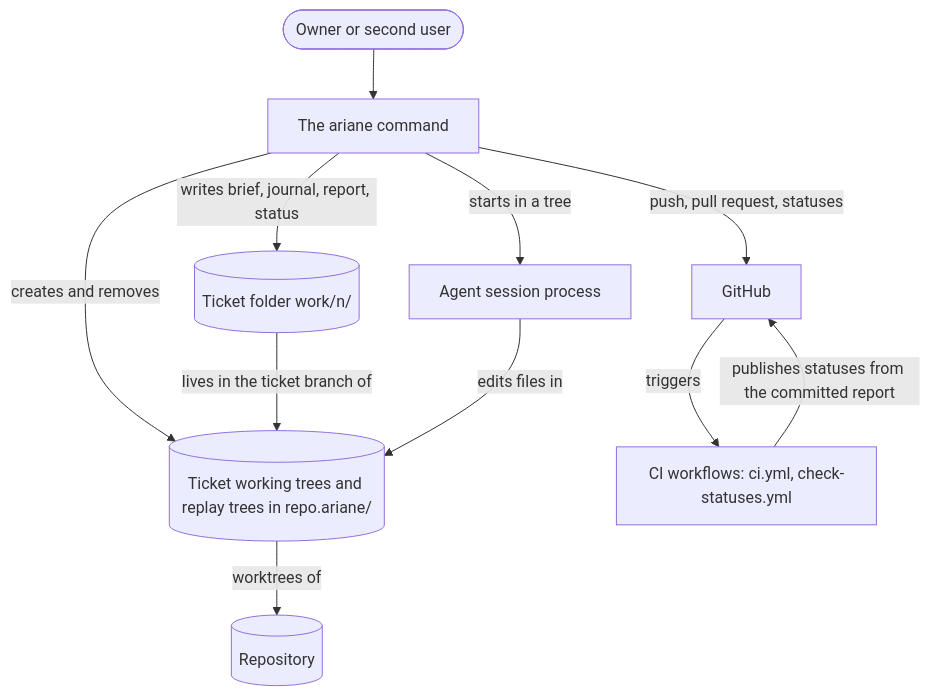
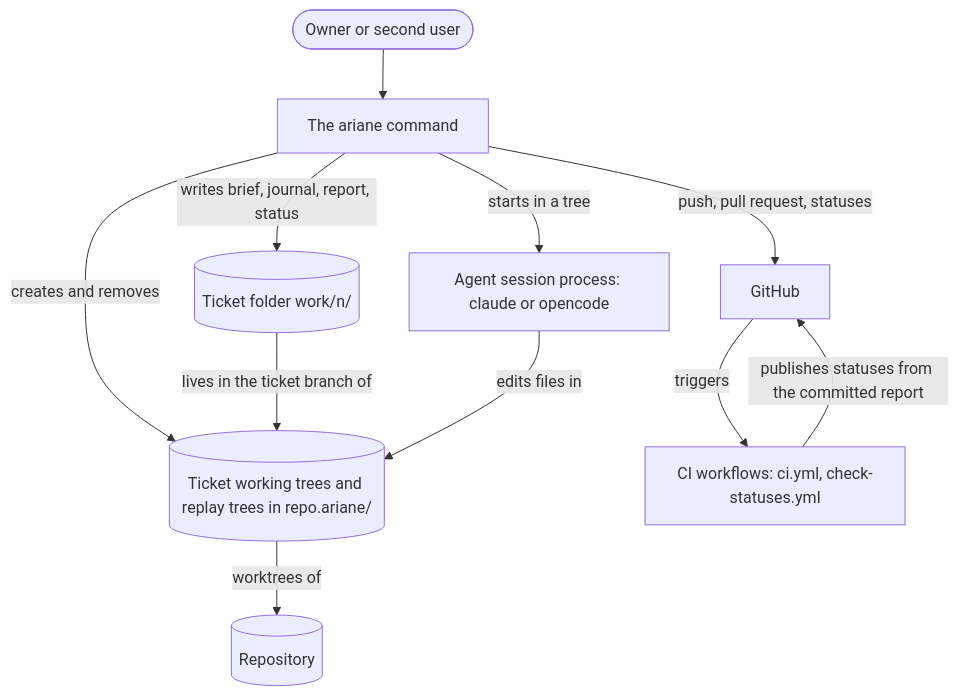
Before and after one commit to plaplanche/ariane: the diagram in docs/architecture/2-containers.md, drawn with Mermaid. The commit also changed 28 other files, not shown here.

````diff
--- a/docs/architecture/2-containers.md
+++ b/docs/architecture/2-containers.md
@@ -5,21 +5,21 @@
 ```mermaid
 flowchart TB
   user([Owner or second user])
   cmd[The ariane command]
   repo[(Repository)]
   trees[(Ticket working trees and replay trees in repo.ariane/)]
   folder[(Ticket folder work/n/)]
-  session[Agent session process]
+  session[Agent session process: claude or opencode]
   ci[CI workflows: ci.yml, check-statuses.yml]
   github[GitHub]
   user --> cmd
   cmd -->|creates and removes| trees
   trees -->|worktrees of| repo
   cmd -->|writes brief, journal, report, status| folder
   folder -->|lives in the ticket branch of| trees
   cmd -->|starts in a tree| session
   session -->|edits files in| trees
   cmd -->|push, pull request, statuses| github
   github -->|triggers| ci
   ci -->|publishes statuses from the committed report| github
 ```
````
